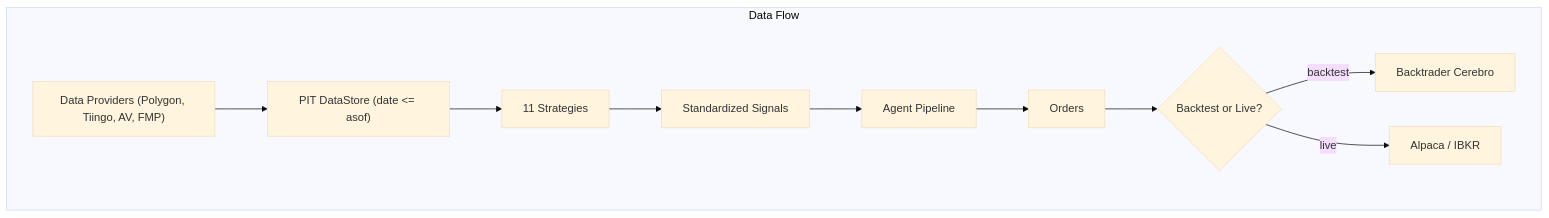
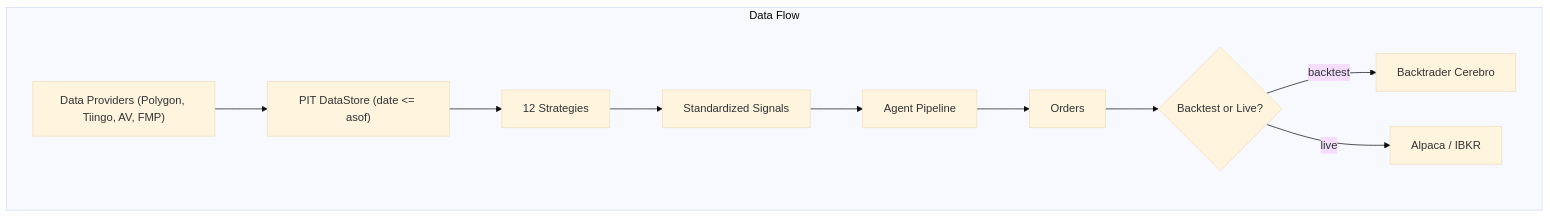
The second of 2 diagrams in README.md (avim2809/ai-trading-system), drawn with Mermaid (base theme) before and after one commit. The commit also changed other lines of this file and 14 other files, not shown here.

````diff
--- a/README.md
+++ b/README.md
@@ -68,14 +68,14 @@
 ```mermaid
 flowchart LR
   subgraph DataFlow [Data Flow]
     direction LR
     Providers["Data Providers (Polygon, Tiingo, AV, FMP)"] --> PIT["PIT DataStore (date <= asof)"]
-    PIT --> Strategies["11 Strategies"]
+    PIT --> Strategies["12 Strategies"]
     Strategies --> Signals["Standardized Signals"]
     Signals --> Pipeline["Agent Pipeline"]
     Pipeline --> Orders["Orders"]
     Orders --> Engine{"Backtest or Live?"}
     Engine -->|backtest| BT[Backtrader Cerebro]
     Engine -->|live| Broker["Alpaca / IBKR"]
   end
 ```
````
